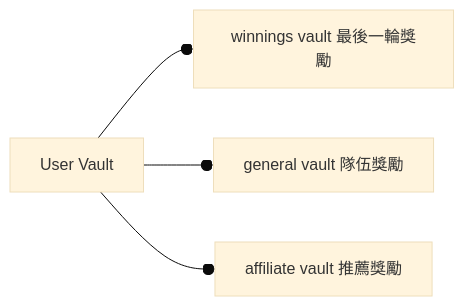
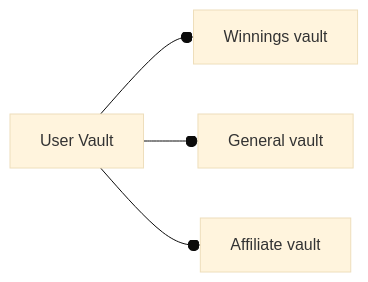
The second of 3 diagrams in README.md (kryan19k/FoMoXD), drawn with Mermaid (base theme) before and after one commit. The commit also changed other lines of this file, not shown here.

````diff
--- a/README.md
+++ b/README.md
@@ -42,7 +47,7 @@
 ```mermaid
 flowchart LR
-    1[User Vault] --o 2[winnings vault 最後一輪獎勵]
-    1 --o 3[general vault 隊伍獎勵]
-    1 --o 4[affiliate vault 推薦獎勵]
+    1[User Vault] --o 2[Winnings vault]
+    1 --o 3[General vault]
+    1 --o 4[Affiliate vault]
     
 ```
````
